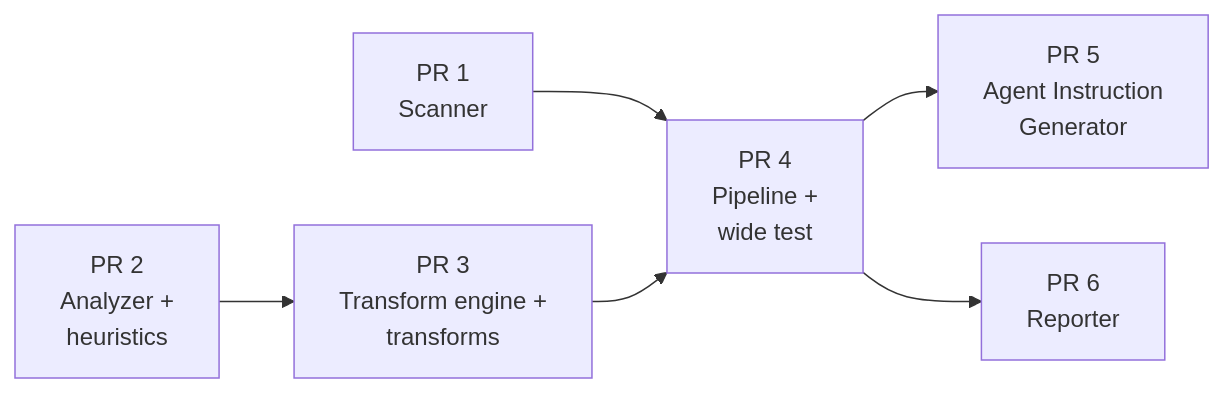
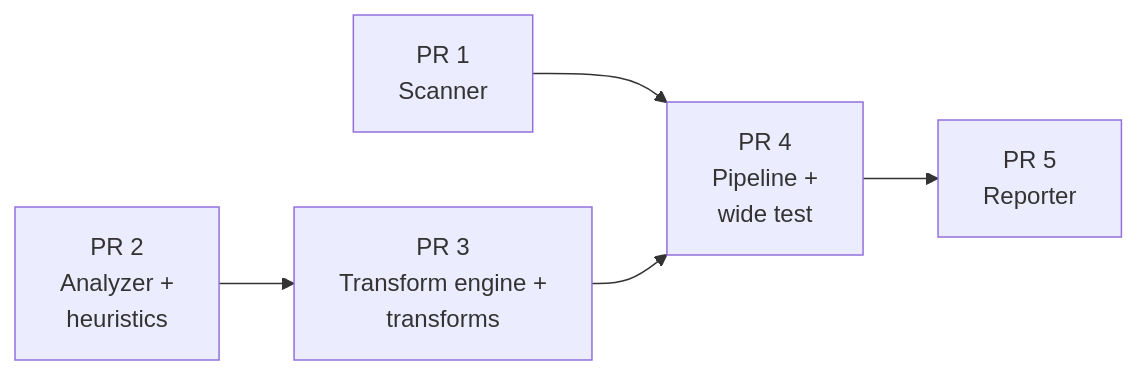
One commit to testmex/testmex changed the third of 3 diagrams in design-docs/001-vitestify.md. Above: the diagram before and after it, drawn with Mermaid. The commit also changed other lines of this file, not shown here.

````diff
--- a/design-docs/001-vitestify.md
+++ b/design-docs/001-vitestify.md
@@ -274,15 +269,13 @@
 ```mermaid
 flowchart LR
     PR1["PR 1<br>Scanner"]
     PR2["PR 2<br>Analyzer +<br>heuristics"]
     PR3["PR 3<br>Transform engine +<br>transforms"]
     PR4["PR 4<br>Pipeline +<br>wide test"]
-    PR5["PR 5<br>Agent Instruction<br>Generator"]
-    PR6["PR 6<br>Reporter"]
+    PR5["PR 5<br>Reporter"]
 
     PR1 --> PR4
     PR2 --> PR3
     PR3 --> PR4
     PR4 --> PR5
-    PR4 --> PR6
 ```
````
